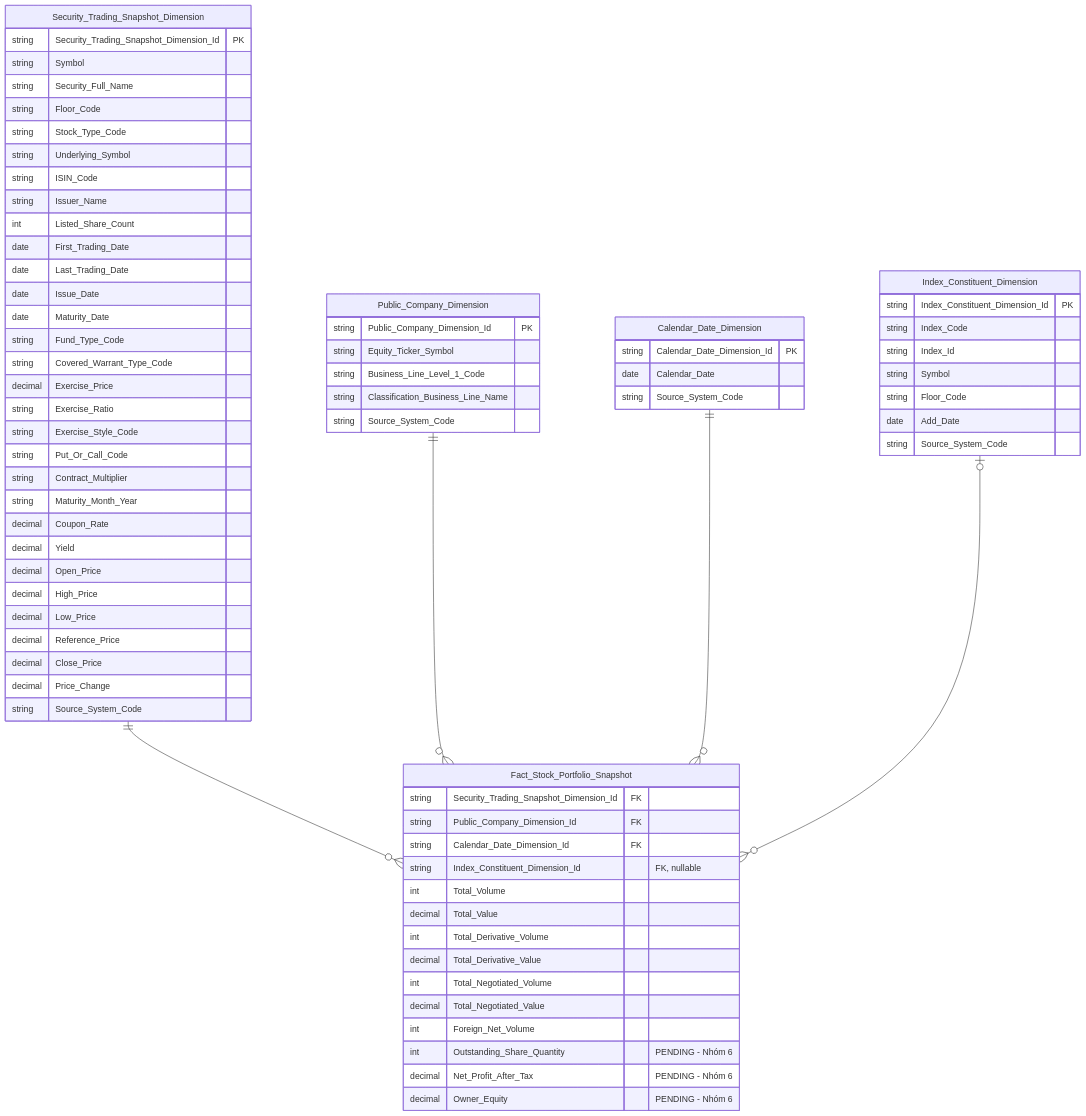
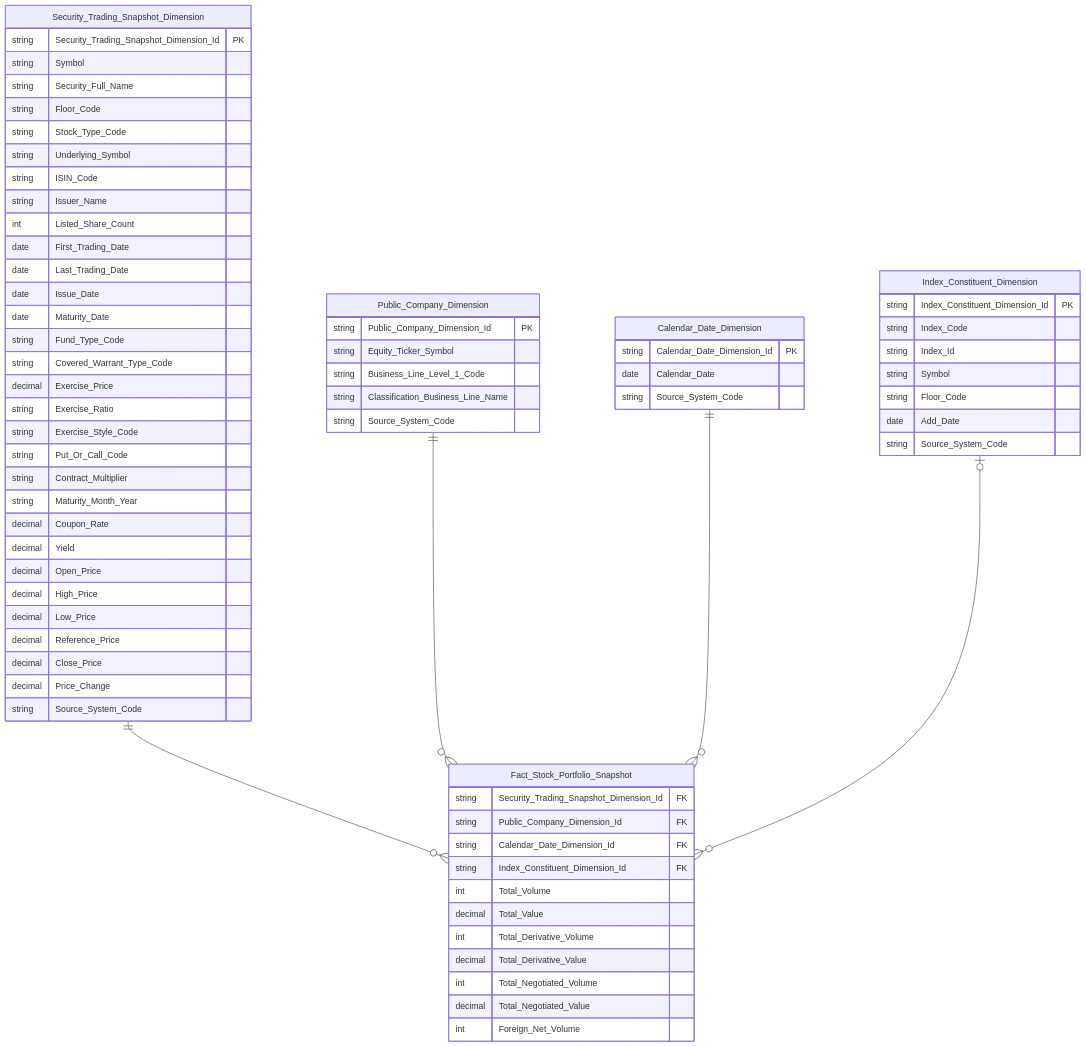
One commit to linhlvit/ubck_atomic_design changed the fifth of 57 diagrams in Datamart/hld/DTM_GSTT_HLD.md. Above: the diagram before and after it, drawn with Mermaid. The commit also changed other lines of this file and 21 other files, not shown here.

````diff
--- a/Datamart/hld/DTM_GSTT_HLD.md
+++ b/Datamart/hld/DTM_GSTT_HLD.md
@@ -158,76 +192,73 @@
 ```mermaid
 erDiagram
     Security_Trading_Snapshot_Dimension {
         string Security_Trading_Snapshot_Dimension_Id PK
         string Symbol
         string Security_Full_Name
         string Floor_Code
         string Stock_Type_Code
         string Underlying_Symbol
         string ISIN_Code
         string Issuer_Name
         int Listed_Share_Count
         date First_Trading_Date
         date Last_Trading_Date
         date Issue_Date
         date Maturity_Date
         string Fund_Type_Code
         string Covered_Warrant_Type_Code
         decimal Exercise_Price
         string Exercise_Ratio
         string Exercise_Style_Code
         string Put_Or_Call_Code
         string Contract_Multiplier
         string Maturity_Month_Year
         decimal Coupon_Rate
         decimal Yield
         decimal Open_Price
         decimal High_Price
         decimal Low_Price
         decimal Reference_Price
         decimal Close_Price
         decimal Price_Change
         string Source_System_Code
     }
     Public_Company_Dimension {
         string Public_Company_Dimension_Id PK
         string Equity_Ticker_Symbol
         string Business_Line_Level_1_Code
         string Classification_Business_Line_Name
         string Source_System_Code
     }
     Calendar_Date_Dimension {
         string Calendar_Date_Dimension_Id PK
         date Calendar_Date
         string Source_System_Code
     }
     Index_Constituent_Dimension {
         string Index_Constituent_Dimension_Id PK
         string Index_Code
         string Index_Id
         string Symbol
         string Floor_Code
         date Add_Date
         string Source_System_Code
     }
     Fact_Stock_Portfolio_Snapshot {
         string Security_Trading_Snapshot_Dimension_Id FK
         string Public_Company_Dimension_Id FK
         string Calendar_Date_Dimension_Id FK
-        string Index_Constituent_Dimension_Id "FK, nullable"
+        string Index_Constituent_Dimension_Id FK
         int Total_Volume
         decimal Total_Value
         int Total_Derivative_Volume
         decimal Total_Derivative_Value
         int Total_Negotiated_Volume
         decimal Total_Negotiated_Value
         int Foreign_Net_Volume
-        int Outstanding_Share_Quantity "PENDING - Nhóm 6"
-        decimal Net_Profit_After_Tax "PENDING - Nhóm 6"
-        decimal Owner_Equity "PENDING - Nhóm 6"
     }
     Security_Trading_Snapshot_Dimension ||--o{ Fact_Stock_Portfolio_Snapshot : " "
     Public_Company_Dimension ||--o{ Fact_Stock_Portfolio_Snapshot : " "
     Calendar_Date_Dimension ||--o{ Fact_Stock_Portfolio_Snapshot : " "
     Index_Constituent_Dimension |o--o{ Fact_Stock_Portfolio_Snapshot : " "
 ```
````
